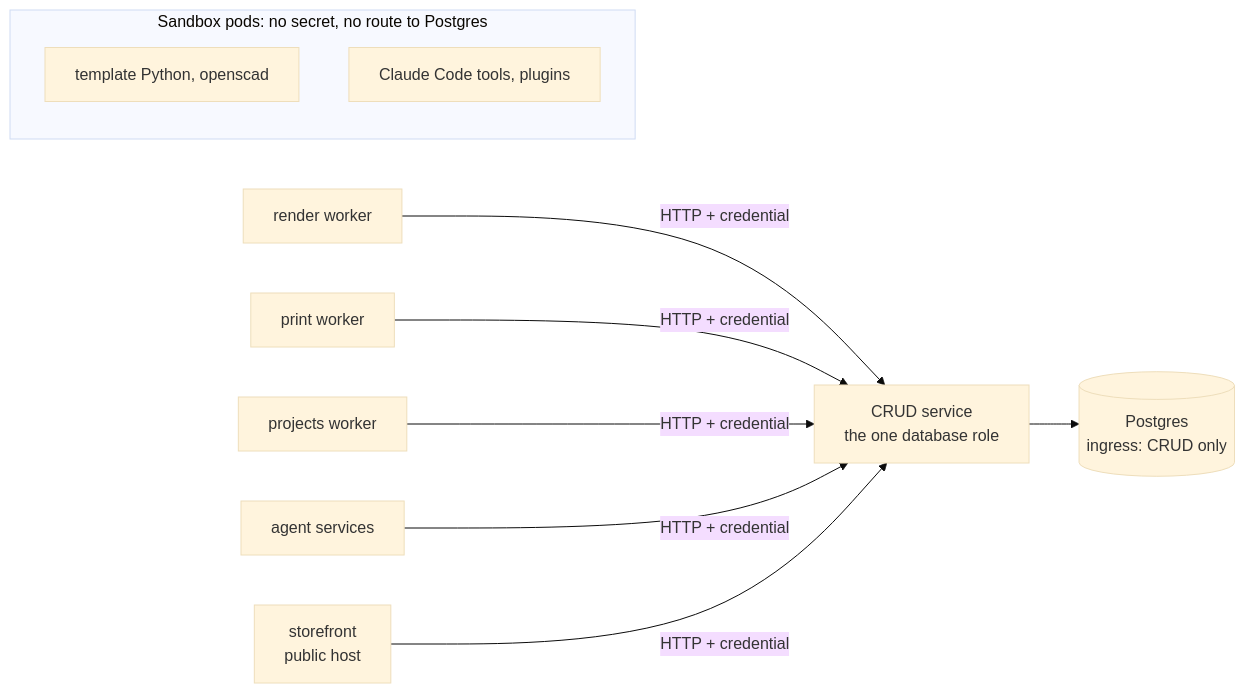
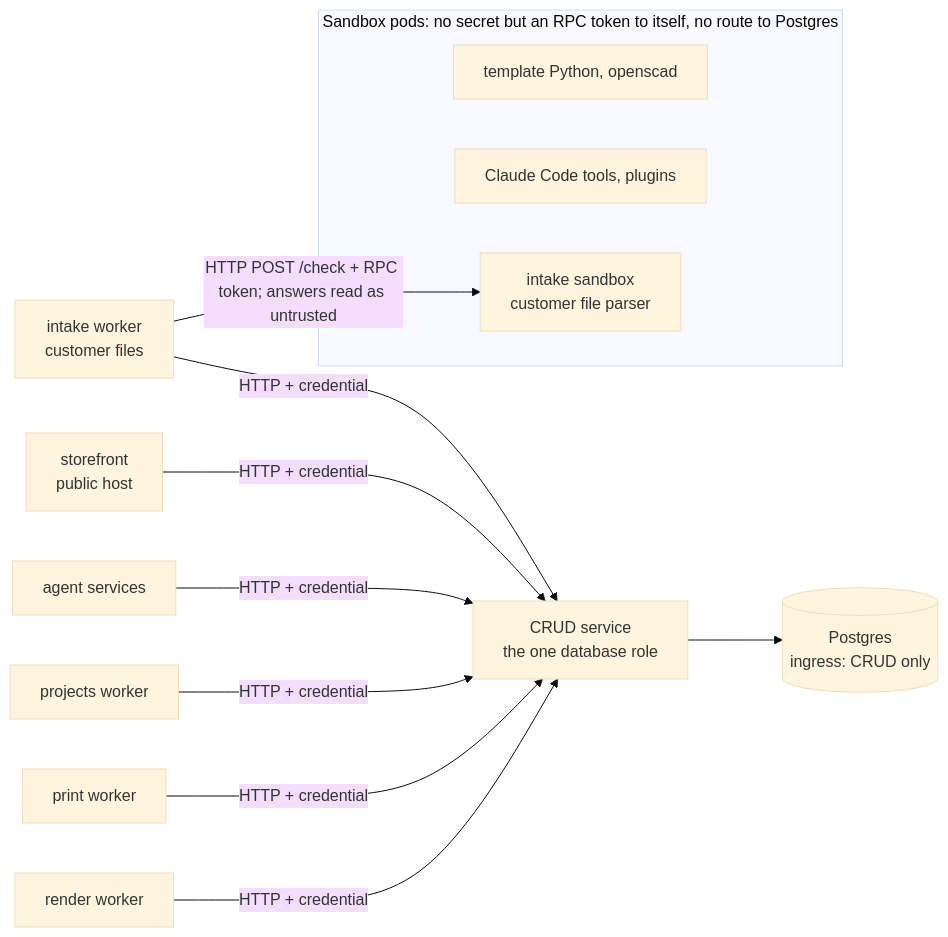
Before and after one commit to eh-homelab/ScadBuddy: the second of 2 diagrams in docs/security/trust-boundaries.md, drawn with Mermaid (base theme). The commit also changed other lines of this file and 47 other files, not shown here.

First line of the commit message:
feat(storefront): the intake worker checks a customer's staged file with no database secret (#6177)

````diff
--- a/docs/security/trust-boundaries.md
+++ b/docs/security/trust-boundaries.md
@@ -154,13 +156,16 @@
 ```mermaid
 flowchart LR
-  subgraph untrusted[Sandbox pods: no secret, no route to Postgres]
+  subgraph untrusted[Sandbox pods: no secret but an RPC token to itself, no route to Postgres]
     T[template Python, openscad]
     C[Claude Code tools, plugins]
+    X[intake sandbox<br/>customer file parser]
   end
+  I -- HTTP POST /check + RPC token; answers read as untrusted --> X
   R[render worker] -- HTTP + credential --> CRUD
   P[print worker] -- HTTP + credential --> CRUD
   J[projects worker] -- HTTP + credential --> CRUD
   A[agent services] -- HTTP + credential --> CRUD
   S[storefront<br/>public host] -- HTTP + credential --> CRUD
+  I[intake worker<br/>customer files] -- HTTP + credential --> CRUD
   CRUD[CRUD service<br/>the one database role] --> DB[(Postgres<br/>ingress: CRUD only)]
 ```
````
